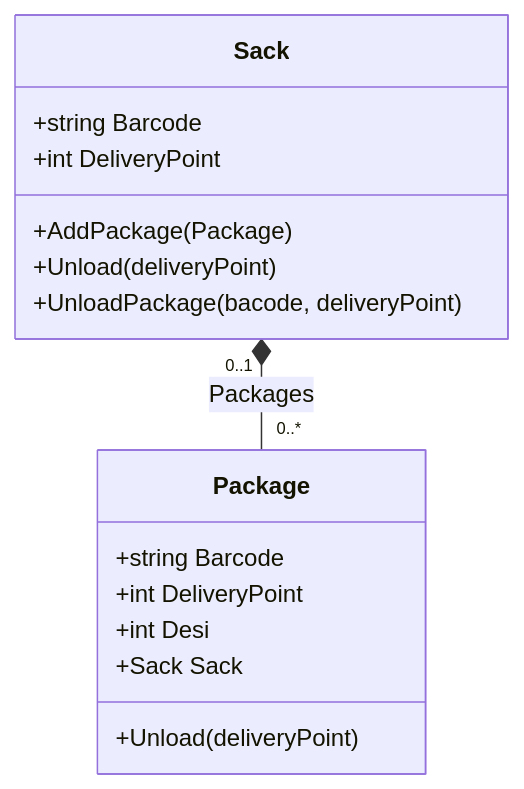
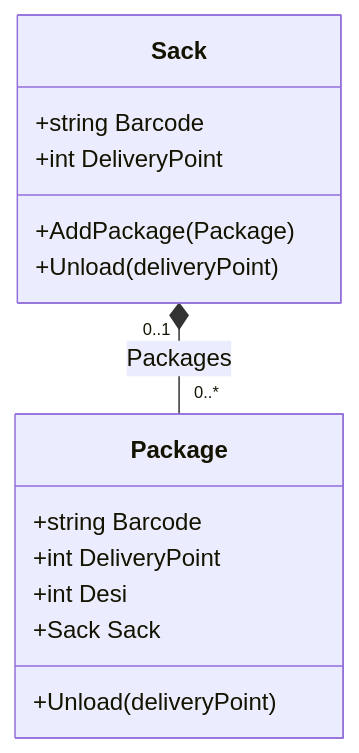
One commit to nour-s/fleet-management changed the diagram in docs/domain_class_diagram.md. Above: the diagram before and after it, drawn with Mermaid. The commit also changed 3 other files, not shown here.

````diff
--- a/docs/domain_class_diagram.md
+++ b/docs/domain_class_diagram.md
@@ -1,22 +1,21 @@
 ```mermaid
 classDiagram
     Sack  "0..1" *-- "0..*" Package: Packages
 
     class Sack{
         +string Barcode
         +int DeliveryPoint
 
         +AddPackage(Package)
         +Unload(deliveryPoint)
-        +UnloadPackage(bacode, deliveryPoint)
     }
 
     class Package{
         +string Barcode
         +int DeliveryPoint
         +int Desi
         +Sack Sack
         +Unload(deliveryPoint)
     }
 
 ```
````
